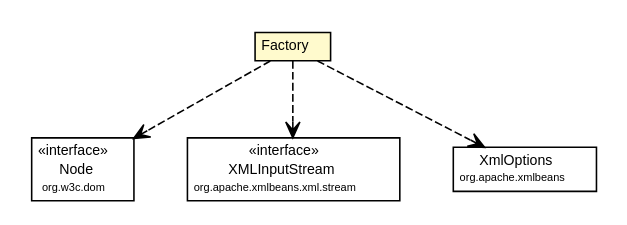
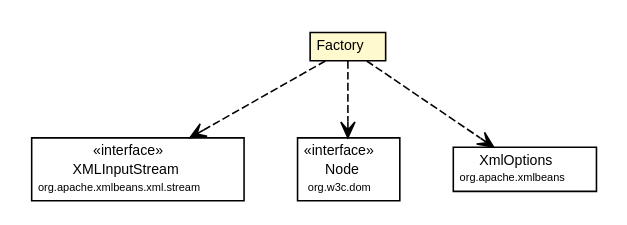
The diagram in site/apidocs/org/synchronoss/cpo/util/cpoUtilConfig/CtCustomClasspath.Factory.dot (synchronoss/cpo-util), drawn with Graphviz before and after one commit. The commit also changed 308 other files, not shown here.

Commit message:
Creating site for cpoUtil, 5.0.2-SNAPSHOT

```diff
--- a/site/apidocs/org/synchronoss/cpo/util/cpoUtilConfig/CtCustomClasspath.Factory.dot
+++ b/site/apidocs/org/synchronoss/cpo/util/cpoUtilConfig/CtCustomClasspath.Factory.dot
@@ -1,45 +1,45 @@
 #!/usr/local/bin/dot
 #
 # Class diagram 
 # Generated by UmlGraph version 4.6 (http://www.spinellis.gr/sw/umlgraph)
 #
 
 digraph G {
 	edge [fontname="Helvetica",fontsize=10,labelfontname="Helvetica",labelfontsize=10];
 	node [fontname="Helvetica",fontsize=10,shape=plaintext];
 	// org.synchronoss.cpo.util.cpoUtilConfig.CtCustomClasspath.Factory
 	c4993 [label=<<table border="0" cellborder="1" cellspacing="0" cellpadding="2" port="p" bgcolor="lemonChiffon" href="./CtCustomClasspath.Factory.html">
 		<tr><td><table border="0" cellspacing="0" cellpadding="1">
 			<tr><td> Factory </td></tr>
 		</table></td></tr>
 		</table>>, fontname="Helvetica", fontcolor="black", fontsize=9.0];
+	// org.synchronoss.cpo.util.cpoUtilConfig.CtCustomClasspath.Factory DEPEND org.apache.xmlbeans.xml.stream.XMLInputStream
+	c4993:p -> c5006:p [taillabel="", label="", headlabel="", fontname="Helvetica", fontcolor="black", fontsize=10.0, color="black", arrowhead=open, style=dashed];
 	// org.synchronoss.cpo.util.cpoUtilConfig.CtCustomClasspath.Factory DEPEND org.w3c.dom.Node
-	c4993:p -> c5006:p [taillabel="", label="", headlabel="", fontname="Helvetica", fontcolor="black", fontsize=10.0, color="black", arrowhead=open, style=dashed];
-	// org.synchronoss.cpo.util.cpoUtilConfig.CtCustomClasspath.Factory DEPEND org.apache.xmlbeans.xml.stream.XMLInputStream
 	c4993:p -> c5007:p [taillabel="", label="", headlabel="", fontname="Helvetica", fontcolor="black", fontsize=10.0, color="black", arrowhead=open, style=dashed];
 	// org.synchronoss.cpo.util.cpoUtilConfig.CtCustomClasspath.Factory DEPEND org.apache.xmlbeans.XmlOptions
 	c4993:p -> c5008:p [taillabel="", label="", headlabel="", fontname="Helvetica", fontcolor="black", fontsize=10.0, color="black", arrowhead=open, style=dashed];
 	// org.apache.xmlbeans.xml.stream.XMLInputStream
-	c5007 [label=<<table border="0" cellborder="1" cellspacing="0" cellpadding="2" port="p" href="http://java.sun.com/j2se/1.4.2/docs/api/org/apache/xmlbeans/xml/stream/XMLInputStream.html">
+	c5006 [label=<<table border="0" cellborder="1" cellspacing="0" cellpadding="2" port="p" href="http://java.sun.com/j2se/1.4.2/docs/api/org/apache/xmlbeans/xml/stream/XMLInputStream.html">
 		<tr><td><table border="0" cellspacing="0" cellpadding="1">
 			<tr><td> &laquo;interface&raquo; </td></tr>
 			<tr><td> XMLInputStream </td></tr>
 			<tr><td><font point-size="7.0"> org.apache.xmlbeans.xml.stream </font></td></tr>
 		</table></td></tr>
 		</table>>, fontname="Helvetica", fontcolor="black", fontsize=9.0];
 	// org.w3c.dom.Node
-	c5006 [label=<<table border="0" cellborder="1" cellspacing="0" cellpadding="2" port="p" href="http://java.sun.com/j2se/1.4.2/docs/api/org/w3c/dom/Node.html">
+	c5007 [label=<<table border="0" cellborder="1" cellspacing="0" cellpadding="2" port="p" href="http://java.sun.com/j2se/1.4.2/docs/api/org/w3c/dom/Node.html">
 		<tr><td><table border="0" cellspacing="0" cellpadding="1">
 			<tr><td> &laquo;interface&raquo; </td></tr>
 			<tr><td> Node </td></tr>
 			<tr><td><font point-size="7.0"> org.w3c.dom </font></td></tr>
 		</table></td></tr>
 		</table>>, fontname="Helvetica", fontcolor="black", fontsize=9.0];
 	// org.apache.xmlbeans.XmlOptions
 	c5008 [label=<<table border="0" cellborder="1" cellspacing="0" cellpadding="2" port="p" href="http://java.sun.com/j2se/1.4.2/docs/api/org/apache/xmlbeans/XmlOptions.html">
 		<tr><td><table border="0" cellspacing="0" cellpadding="1">
 			<tr><td> XmlOptions </td></tr>
 			<tr><td><font point-size="7.0"> org.apache.xmlbeans </font></td></tr>
 		</table></td></tr>
 		</table>>, fontname="Helvetica", fontcolor="black", fontsize=9.0];
 }
```
